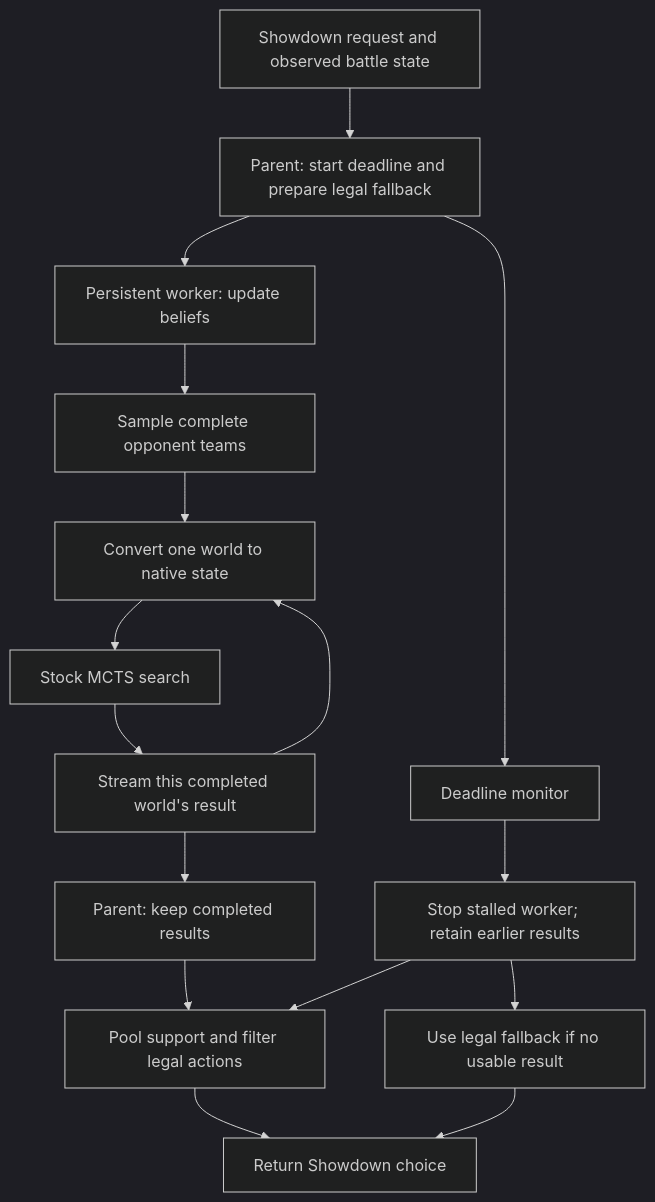
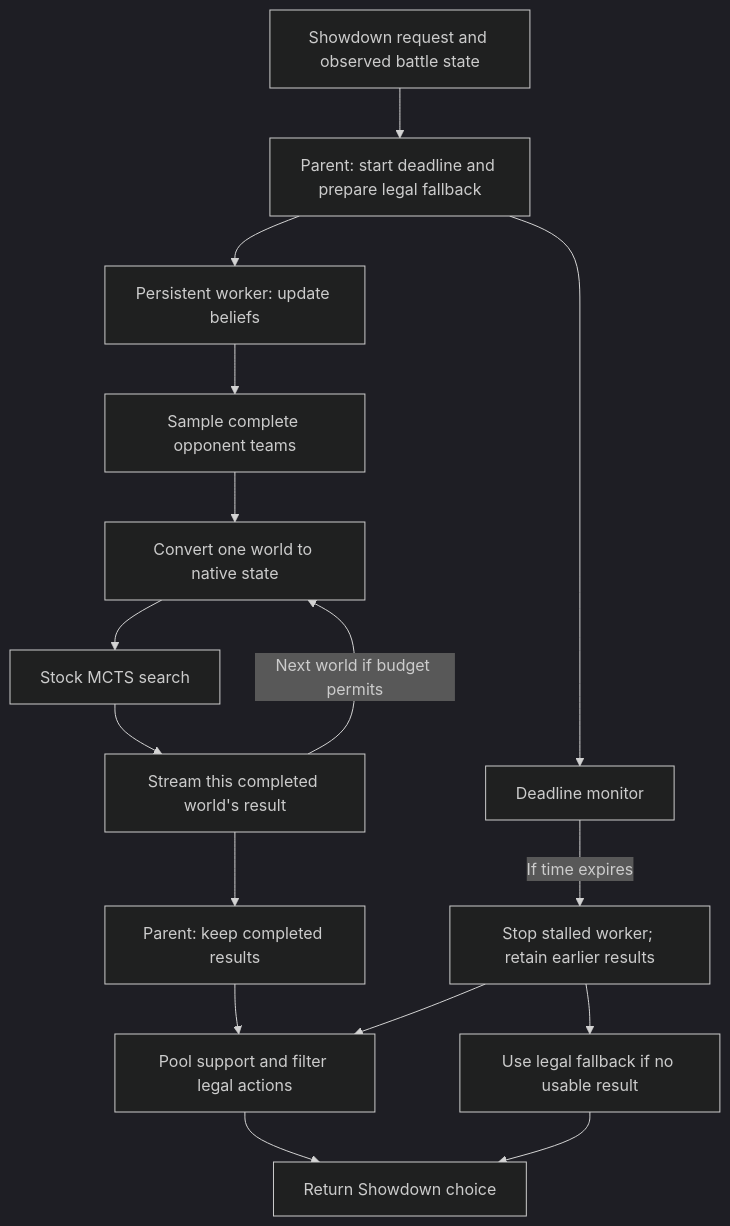
The diagram in docs/mcts-live-walkthrough.md (saliha006/OxHack-2026), drawn with Mermaid (dark theme) before and after one commit. The commit also changed other lines of this file and 27 other files, not shown here.

````diff
--- a/docs/mcts-live-walkthrough.md
+++ b/docs/mcts-live-walkthrough.md
@@ -49,18 +66,18 @@
 ```mermaid
 flowchart TD
     R[Showdown request and observed battle state] --> P[Parent: start deadline and prepare legal fallback]
     P --> W[Persistent worker: update beliefs]
     W --> S[Sample complete opponent teams]
     S --> A[Convert one world to native state]
     A --> M[Stock MCTS search]
     M --> C[Stream this completed world's result]
-    C --> A
+    C -->|Next world if budget permits| A
     C --> Q[Parent: keep completed results]
     Q --> L[Pool support and filter legal actions]
     L --> O[Return Showdown choice]
     P --> D[Deadline monitor]
-    D --> K[Stop stalled worker; retain earlier results]
+    D -->|If time expires| K[Stop stalled worker; retain earlier results]
     K --> L
     K --> F[Use legal fallback if no usable result]
     F --> O
 ```
````
